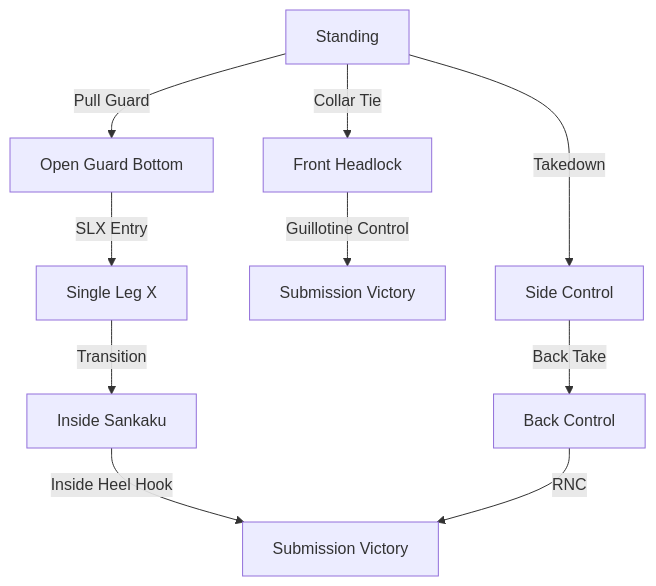
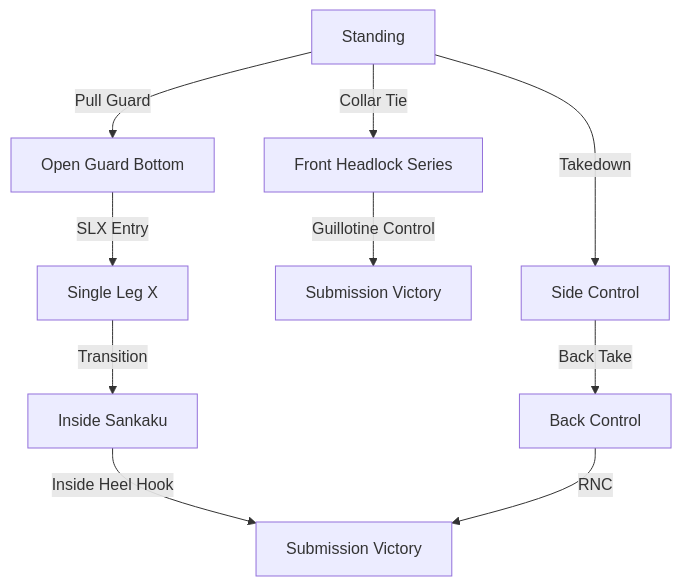
Before and after one commit to diogoseca/bjjgraph: the second of 2 diagrams in source/content/Systems/Competition Strategy.md, drawn with Mermaid. The commit also changed other lines of this file and 527 other files, not shown here.

````diff
--- a/source/content/Systems/Competition Strategy.md
+++ b/source/content/Systems/Competition Strategy.md
@@ -93,14 +93,14 @@
 ```mermaid
 graph TD
     A[Standing] -->|Pull Guard| B[Open Guard Bottom]
     B -->|SLX Entry| C[Single Leg X]
     C -->|Transition| D[Inside Sankaku]
     D -->|Inside Heel Hook| E[Submission Victory]
     
-    A -->|Collar Tie| F[Front Headlock]
+    A -->|Collar Tie| F[Front Headlock Series]
     F -->|Guillotine Control| G[Submission Victory]
     
     A -->|Takedown| H[Side Control]
     H -->|Back Take| I[Back Control]
     I -->|RNC| E
 ```
````
